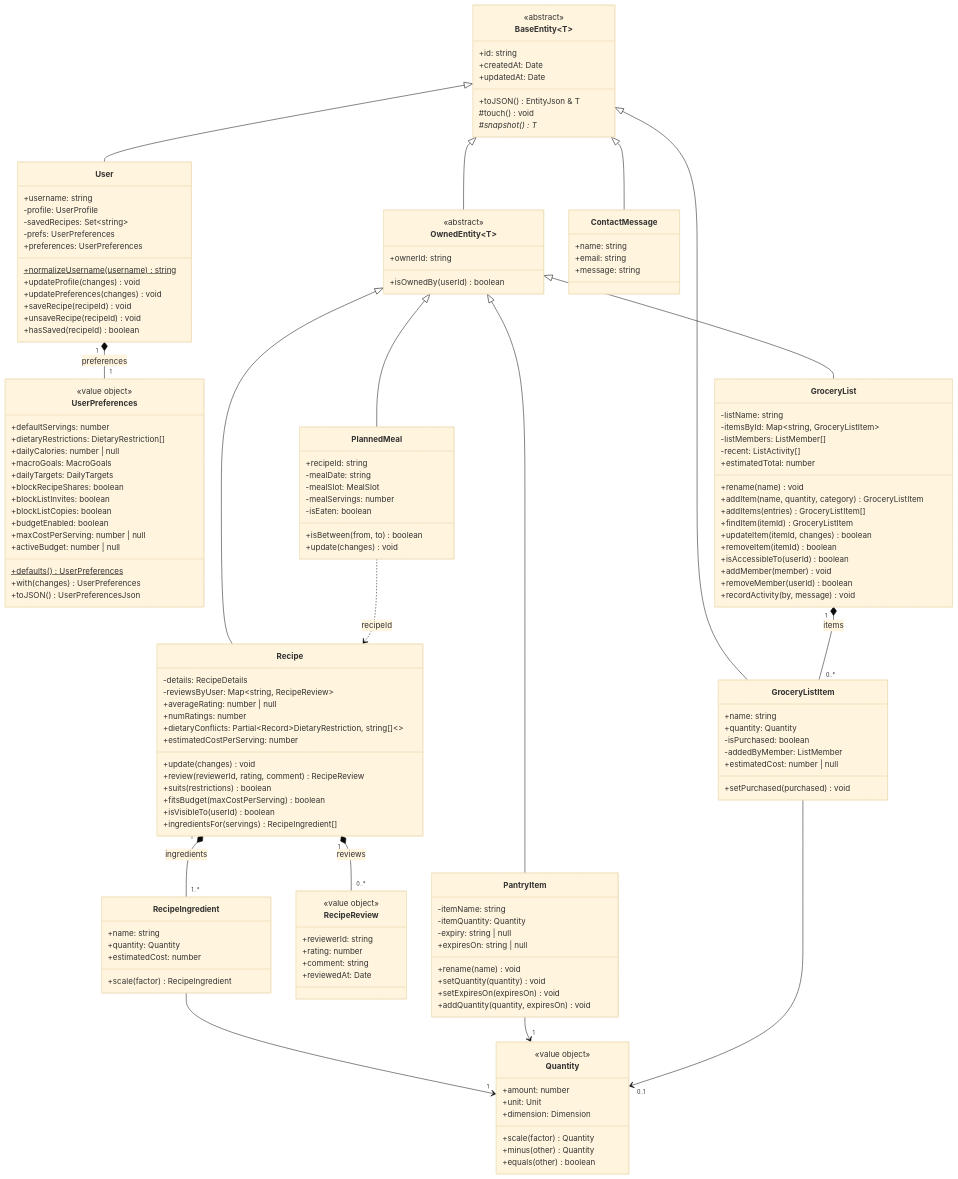
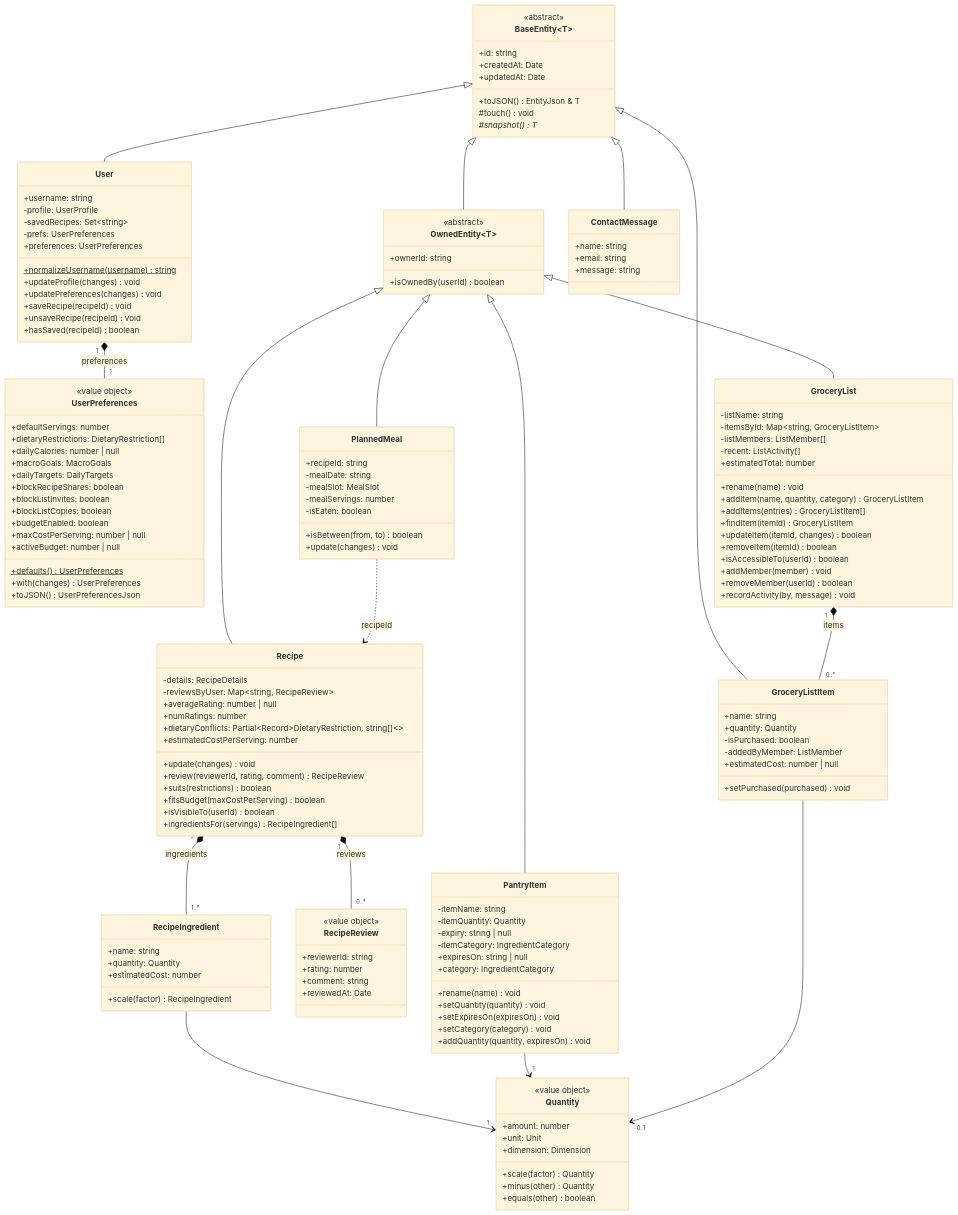
One commit to max1dyer/PlateUp changed the second of 2 diagrams in docs/DESIGN.md. Above: the diagram before and after it, drawn with Mermaid (base theme). The commit also changed 8 other files, not shown here.

```diff
--- a/docs/DESIGN.md
+++ b/docs/DESIGN.md
@@ -209,10 +209,13 @@
     -itemName: string
     -itemQuantity: Quantity
     -expiry: string | null
+    -itemCategory: IngredientCategory
     +expiresOn: string | null
+    +category: IngredientCategory
     +rename(name) void
     +setQuantity(quantity) void
     +setExpiresOn(expiresOn) void
+    +setCategory(category) void
     +addQuantity(quantity, expiresOn) void
   }
   class GroceryList {
```
